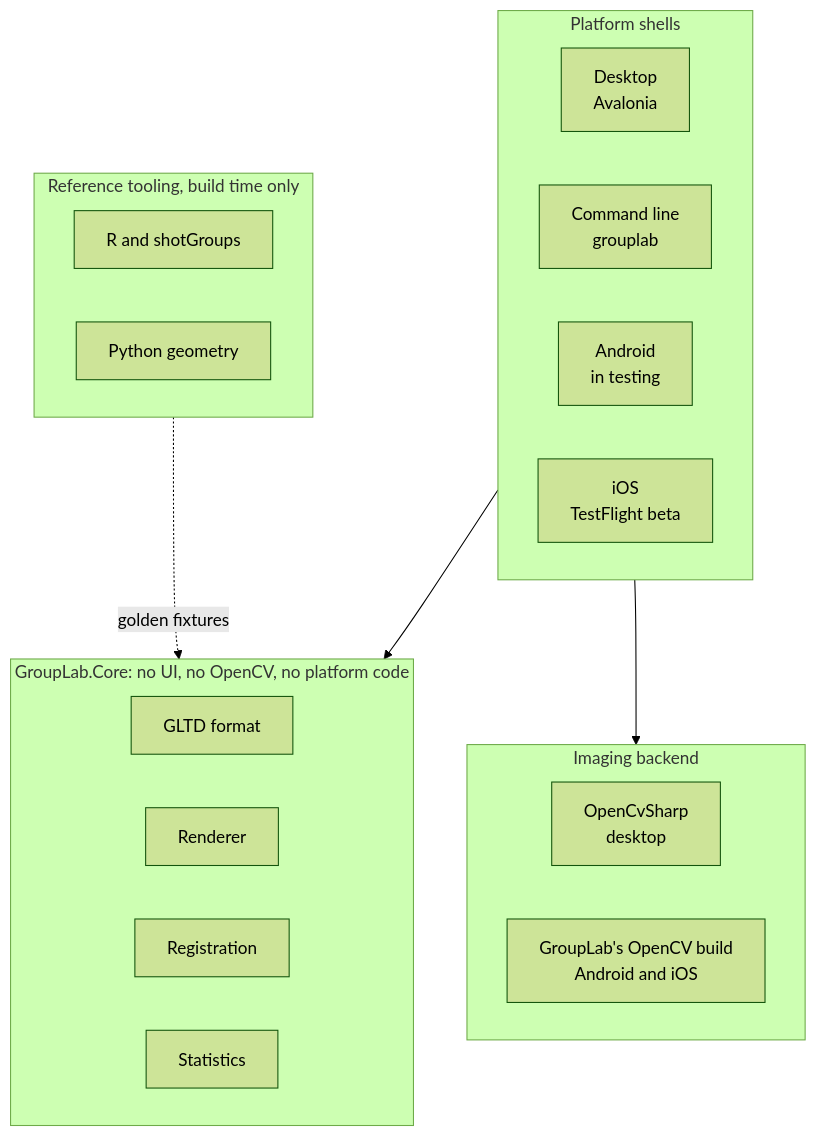
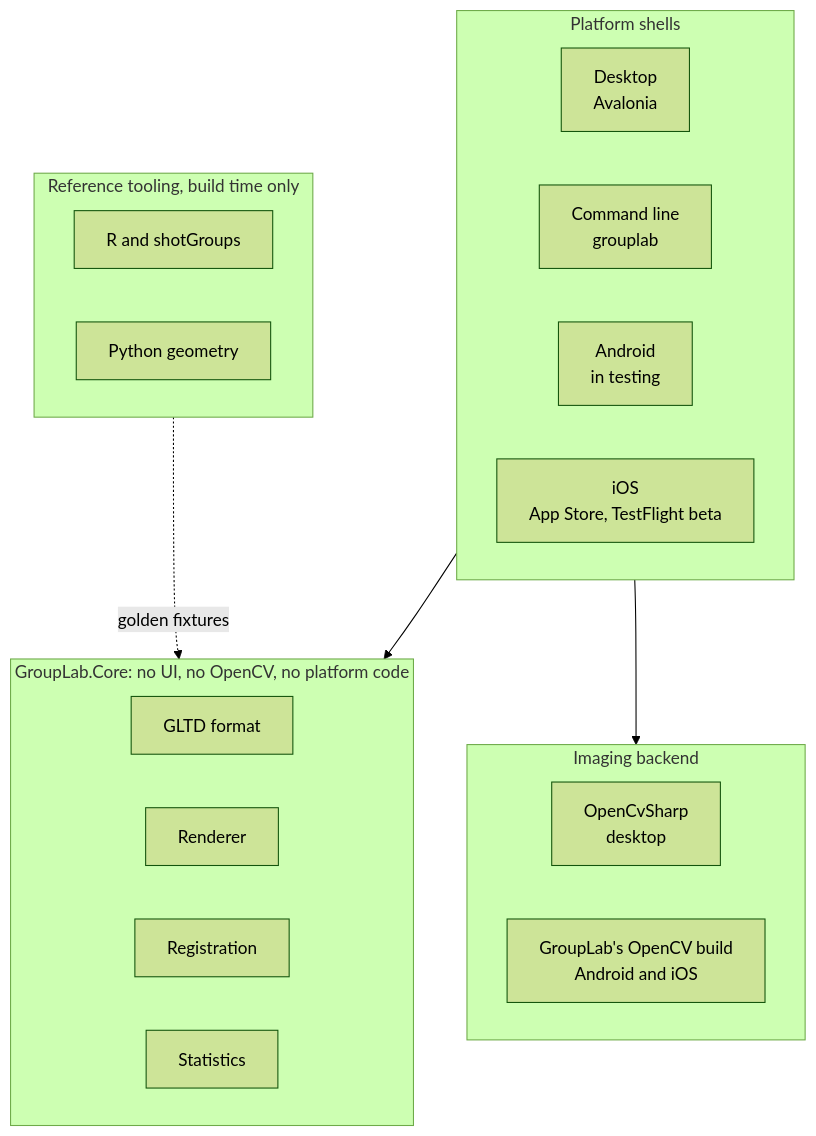
The second of 2 diagrams in README.md (oRAirwolf/grouplab), drawn with Mermaid (forest theme) before and after one commit. The commit also changed other lines of this file and 11 other files, not shown here.

First line of the commit message:
GroupLab 1.0 is on the App Store: the README, the site and the guide say so

````diff
--- a/README.md
+++ b/README.md
@@ -588,34 +588,34 @@
 ```mermaid
 flowchart TB
     subgraph shells["Platform shells"]
         direction LR
         APP["Desktop<br/>Avalonia"]
         CLI["Command line<br/>grouplab"]
         AND["Android<br/>in testing"]
-        IOS["iOS<br/>TestFlight beta"]
+        IOS["iOS<br/>App Store, TestFlight beta"]
     end
 
     subgraph img["Imaging backend"]
         direction LR
         CV["OpenCvSharp<br/>desktop"]
         AT["GroupLab's OpenCV build<br/>Android and iOS"]
     end
 
     subgraph core["GroupLab.Core: no UI, no OpenCV, no platform code"]
         direction LR
         FMT["GLTD format"]
         REN["Renderer"]
         REG["Registration"]
         STAT["Statistics"]
     end
 
     subgraph ref["Reference tooling, build time only"]
         direction LR
         RR["R and shotGroups"]
         PY["Python geometry"]
     end
 
     shells --> core
     shells --> img
     ref -.->|"golden fixtures"| core
 ```
````
